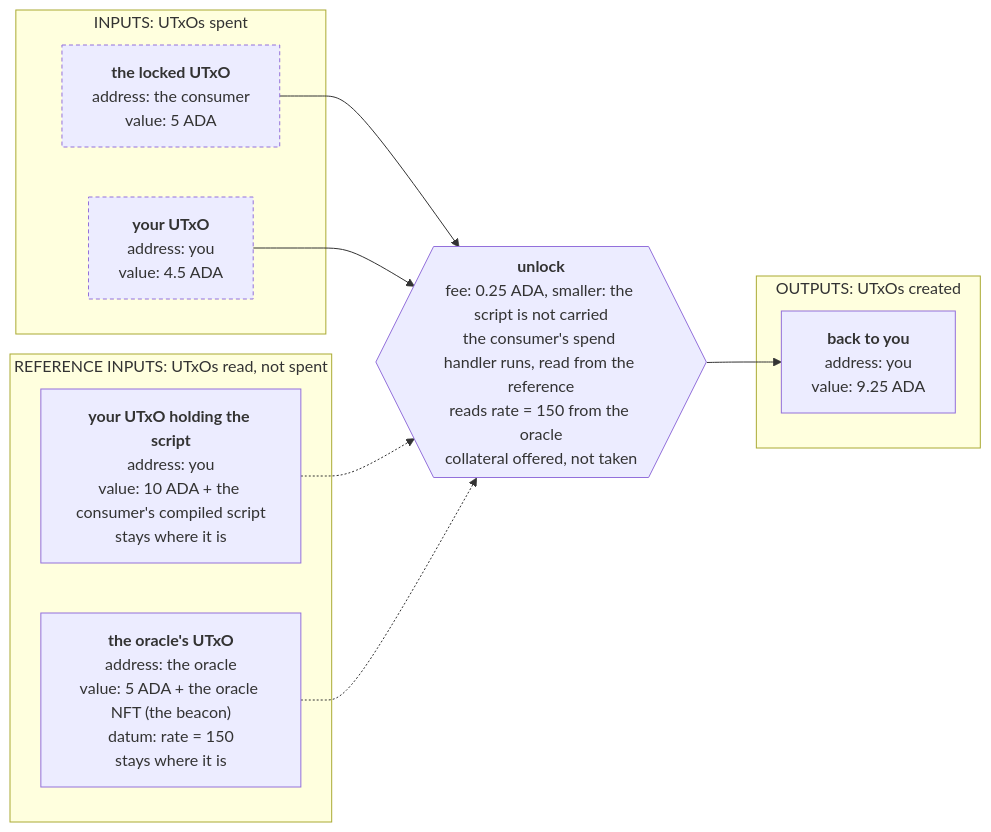
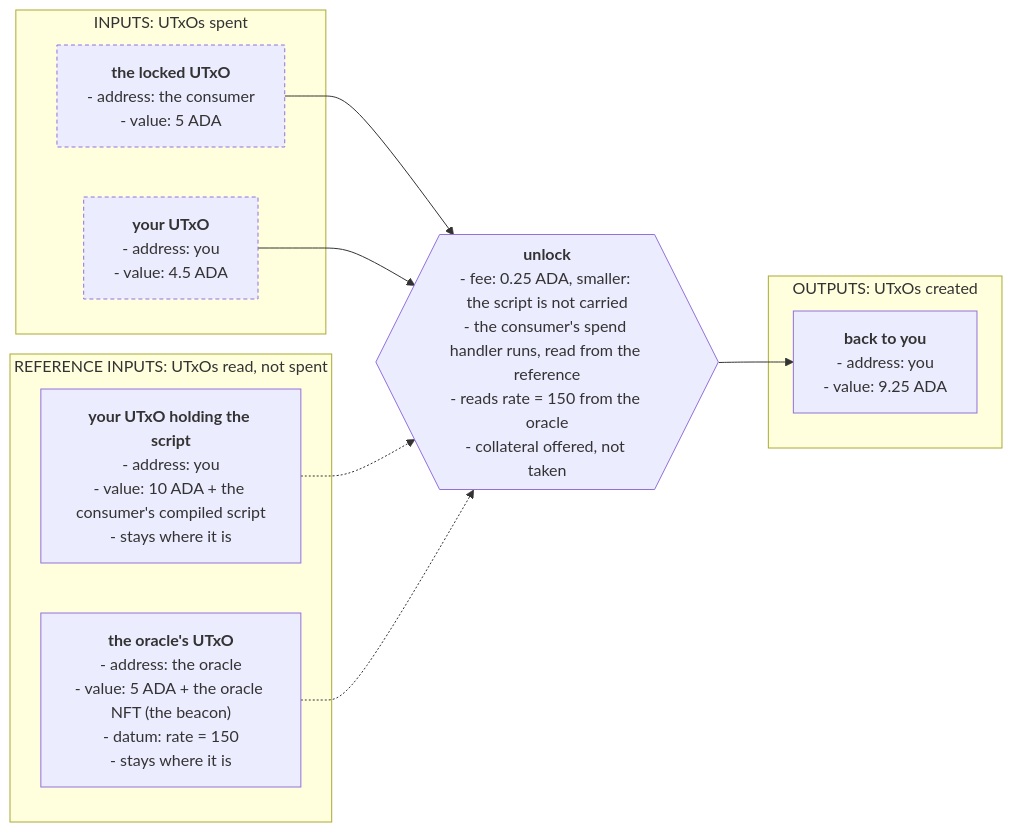
One commit to cardano-foundation/developer-portal changed the first of 3 diagrams in docs/developers/onboarding/lectures/intermediate/13-reference-inputs-and-scripts.md. Above: the diagram before and after it, drawn with Mermaid. The commit also changed other lines of this file and 8 other files, not shown here.

````diff
--- a/docs/developers/onboarding/lectures/intermediate/13-reference-inputs-and-scripts.md
+++ b/docs/developers/onboarding/lectures/intermediate/13-reference-inputs-and-scripts.md
@@ -34,43 +34,43 @@
 ```mermaid
 flowchart LR
     subgraph IN["INPUTS: UTxOs spent"]
         I1["`**the locked UTxO**
-        address: the consumer
-        value: 5 ADA`"]
+        - address: the consumer
+        - value: 5 ADA`"]
         I2["`**your UTxO**
-        address: you
-        value: 4.5 ADA`"]
+        - address: you
+        - value: 4.5 ADA`"]
     end
 
     subgraph REF["REFERENCE INPUTS: UTxOs read, not spent"]
         S["`**your UTxO holding the script**
-        address: you
-        value: 10 ADA + the consumer's compiled script
-        stays where it is`"]
+        - address: you
+        - value: 10 ADA + the consumer's compiled script
+        - stays where it is`"]
         R["`**the oracle's UTxO**
-        address: the oracle
-        value: 5 ADA + the oracle NFT (the beacon)
-        datum: rate = 150
-        stays where it is`"]
+        - address: the oracle
+        - value: 5 ADA + the oracle NFT (the beacon)
+        - datum: rate = 150
+        - stays where it is`"]
     end
 
     TX{{"`**unlock**
-    fee: 0.25 ADA, smaller: the script is not carried
-    the consumer's spend handler runs, read from the reference
-    reads rate = 150 from the oracle
-    collateral offered, not taken`"}}
+    - fee: 0.25 ADA, smaller: the script is not carried
+    - the consumer's spend handler runs, read from the reference
+    - reads rate = 150 from the oracle
+    - collateral offered, not taken`"}}
 
     subgraph OUT["OUTPUTS: UTxOs created"]
         O["`**back to you**
-        address: you
-        value: 9.25 ADA`"]
+        - address: you
+        - value: 9.25 ADA`"]
     end
 
     I1 --> TX --> O
     I2 --> TX
     S -.-> TX
     R -.-> TX
 
     style I1 stroke-dasharray:4 3
     style I2 stroke-dasharray:4 3
 ```
````
